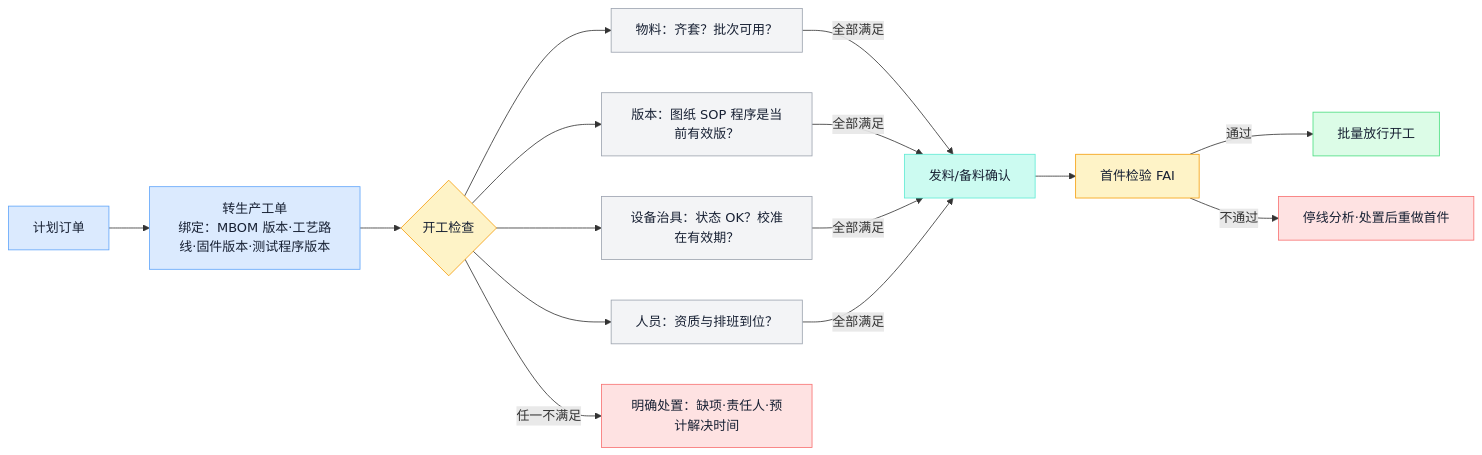
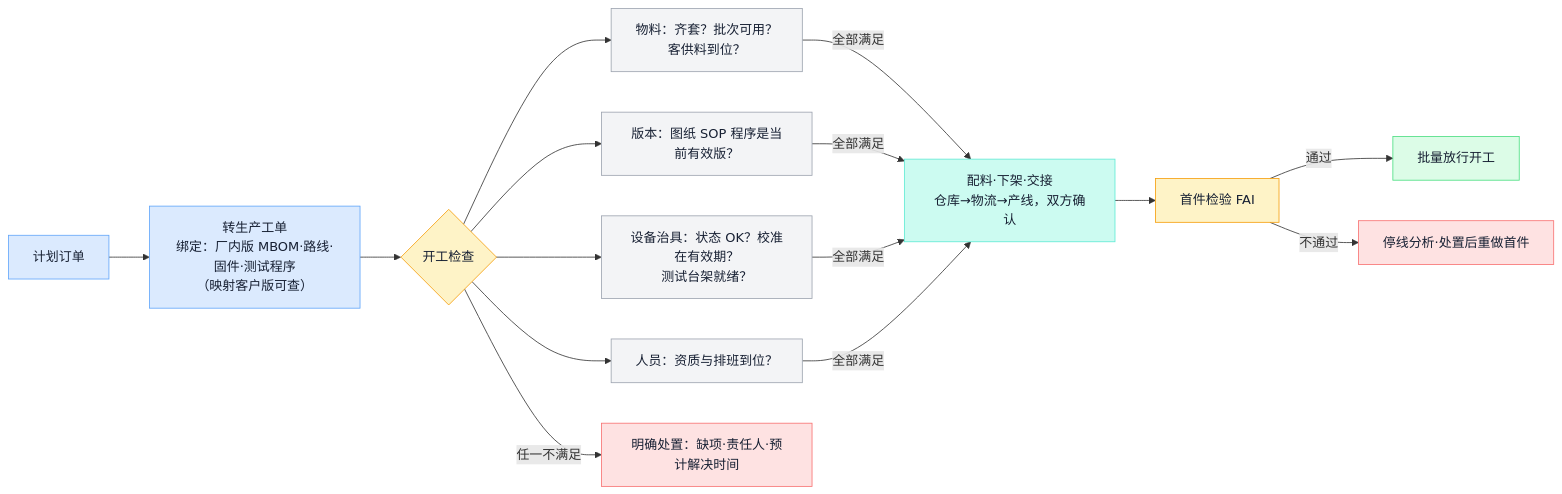
Diagram 12 of 18 in docs/manufacturing-system-handbook.md (ink-hz/AI-Manufacturing-Platform), drawn with Mermaid before and after one commit. The commit also changed other lines of this file and 9 other files, not shown here.

First line of the commit message:
docs: OEM revision of handbook, architecture, flows and design document

````diff
--- a/docs/manufacturing-system-handbook.md
+++ b/docs/manufacturing-system-handbook.md
@@ -531,26 +782,26 @@
 ```mermaid
 flowchart LR
-    A[计划订单] --> B[转生产工单<br/>绑定：MBOM 版本·工艺路线·固件版本·测试程序版本]
-    B --> C{开工检查}
-    C --> C1[物料：齐套？批次可用？]
-    C --> C2[版本：图纸 SOP 程序是当前有效版？]
-    C --> C3[设备治具：状态 OK？校准在有效期？]
-    C --> C4[人员：资质与排班到位？]
-    C1 & C2 & C3 & C4 -->|全部满足| D[发料/备料确认]
-    D --> E[首件检验 FAI]
-    E -->|通过| F[批量放行开工]
-    E -->|不通过| G[停线分析·处置后重做首件]
-    C -->|任一不满足| H[明确处置：缺项·责任人·预计解决时间]
+    A["计划订单"] --> B["转生产工单<br/>绑定：厂内版 MBOM·路线·固件·测试程序<br/>（映射客户版可查）"]
+    B --> C{"开工检查"}
+    C --> C1["物料：齐套？批次可用？<br/>客供料到位？"]
+    C --> C2["版本：图纸 SOP 程序是当前有效版？"]
+    C --> C3["设备治具：状态 OK？校准在有效期？<br/>测试台架就绪？"]
+    C --> C4["人员：资质与排班到位？"]
+    C1 & C2 & C3 & C4 -->|"全部满足"| D["配料·下架·交接<br/>仓库→物流→产线，双方确认"]
+    D --> E["首件检验 FAI"]
+    E -->|"通过"| F["批量放行开工"]
+    E -->|"不通过"| G["停线分析·处置后重做首件"]
+    C -->|"任一不满足"| H["明确处置：缺项·责任人·预计解决时间"]
     class A,B biz
     class C,E qa
     class C1,C2,C3,C4 store
     class D flow
     class F exec
     class G,H risk
     classDef biz fill:#DBEAFE,stroke:#60A5FA,color:#172033;
     classDef qa fill:#FEF3C7,stroke:#F59E0B,color:#172033;
     classDef store fill:#F3F4F6,stroke:#9CA3AF,color:#172033;
     classDef flow fill:#CCFBF1,stroke:#5EEAD4,color:#172033;
     classDef exec fill:#DCFCE7,stroke:#4ADE80,color:#172033;
     classDef risk fill:#FEE2E2,stroke:#F87171,color:#172033;
 ```
````
